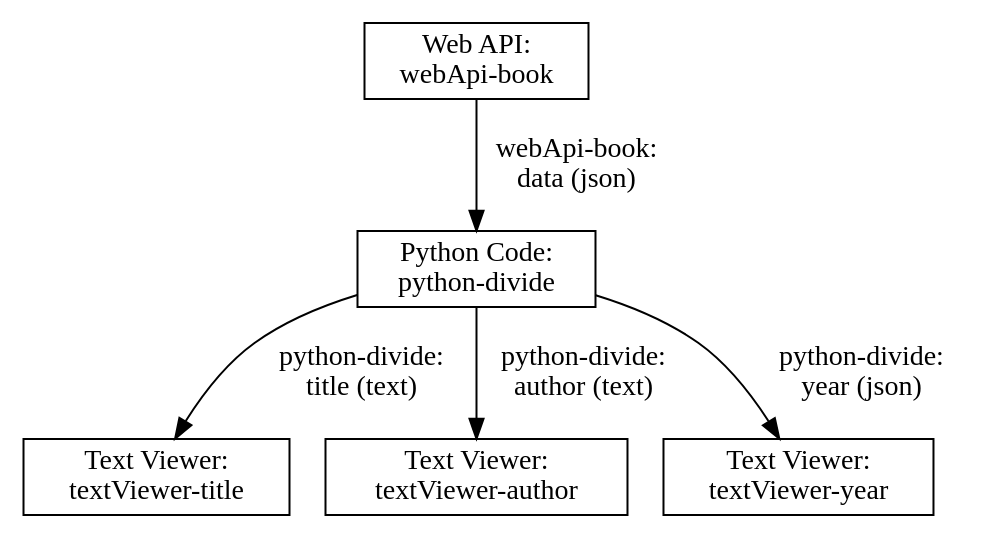
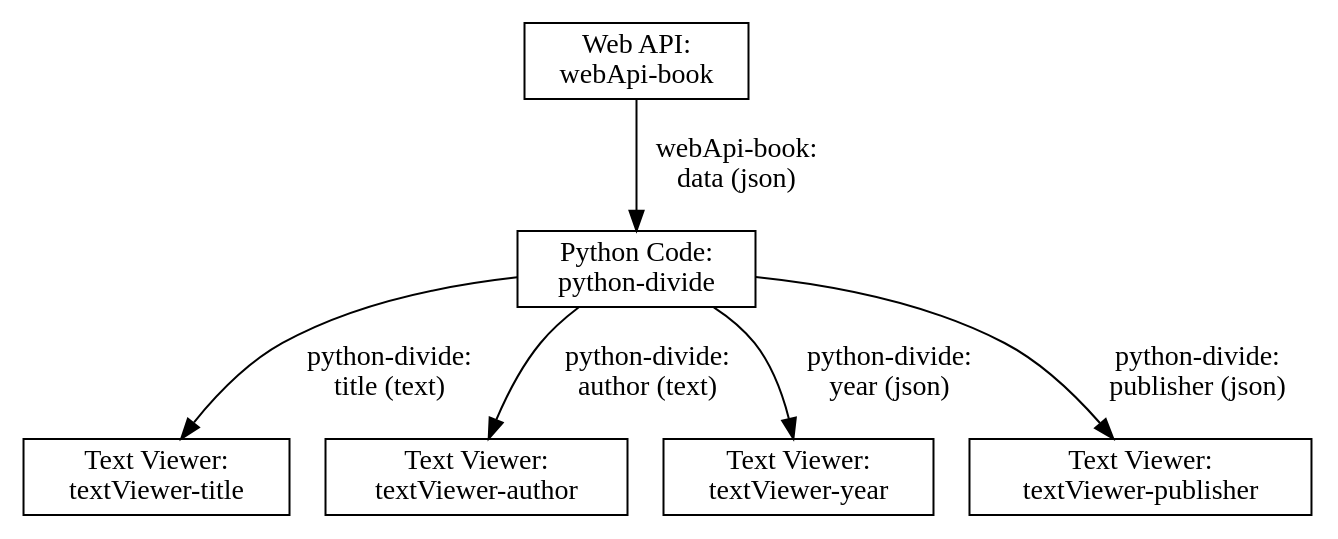
Before and after one commit to inseri-swiss/inseri-core-wp: the diagram in docs/tutorials/redirect-fields-with-python.md, drawn with Graphviz. The commit also changed other lines of this file and 2 other files, not shown here.

````diff
--- a/docs/tutorials/redirect-fields-with-python.md
+++ b/docs/tutorials/redirect-fields-with-python.md
@@ -79,14 +95,16 @@
 ```dot
 digraph G {
-    webApi_book -> dropdown_selectedImage [label="webApi-book: \n data (json)"];
-    dropdown_selectedImage -> textViewer_title [label="python-divide: \n title (text)"];
-    dropdown_selectedImage -> textViewer_author [label="python-divide: \n author (text)"];
-    dropdown_selectedImage -> textViewer_year [label="python-divide: \n year (json)"];
+    webApi_book -> python_divide [label="webApi-book: \n data (json)"];
+    python_divide -> textViewer_title [label="python-divide: \n title (text)"];
+    python_divide -> textViewer_author [label="python-divide: \n author (text)"];
+    python_divide -> textViewer_year [label="python-divide: \n year (json)"];
+    python_divide -> textViewer_publisher [label="python-divide: \n publisher (json)"];
 
     webApi_book [shape=rect; label="Web API: \n webApi-book"];
-    dropdown_selectedImage [shape=rect; label="Python Code: \n python-divide"];
+    python_divide [shape=rect; label="Python Code: \n python-divide"];
     textViewer_title [shape=rect; label="Text Viewer: \n textViewer-title"];
     textViewer_author [shape=rect; label="Text Viewer: \n textViewer-author"];
     textViewer_year [shape=rect; label="Text Viewer: \n textViewer-year"];
+    textViewer_publisher [shape=rect; label="Text Viewer: \n textViewer-publisher"];
   }
 ```
````
